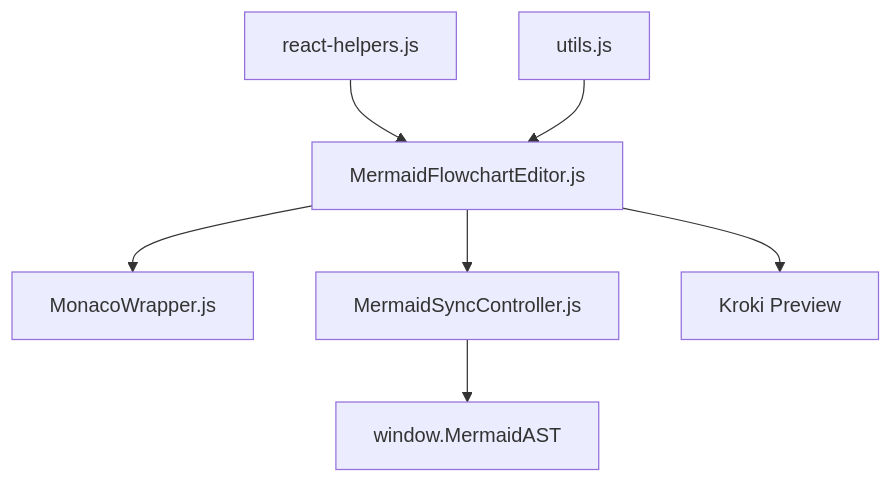
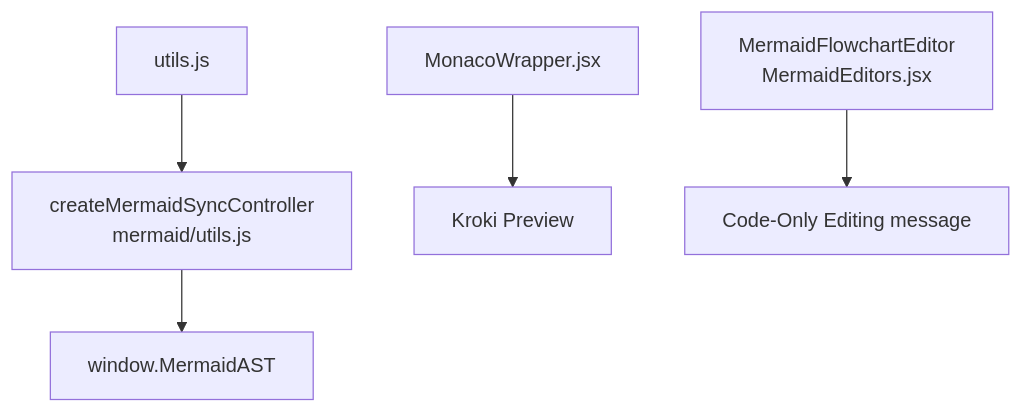
The fifth of 5 diagrams in .qoder/repowiki/en/content/Diagram Types and Formats/Mermaid Diagrams/Flowcharts and Flowchart Types.md (ongchonghian/universal-diagram-editor), drawn with Mermaid before and after one commit. The commit also changed other lines of this file and 31 other files, not shown here.

````diff
--- a/.qoder/repowiki/en/content/Diagram Types and Formats/Mermaid Diagrams/Flowcharts and Flowchart Types.md
+++ b/.qoder/repowiki/en/content/Diagram Types and Formats/Mermaid Diagrams/Flowcharts and Flowchart Types.md
@@ -201,9 +191,7 @@
 ```mermaid
 graph TB
-ReactHelpers["react-helpers.js"] --> FlowchartEditor["MermaidFlowchartEditor.js"]
-Utils["utils.js"] --> FlowchartEditor
-FlowchartEditor --> Monaco["MonacoWrapper.js"]
-FlowchartEditor --> Sync["MermaidSyncController.js"]
+Utils["utils.js"] --> Sync["createMermaidSyncController<br/>mermaid/utils.js"]
 Sync --> MermaidAST["window.MermaidAST"]
-FlowchartEditor --> Preview["Kroki Preview"]
+Monaco["MonacoWrapper.jsx"] --> Preview["Kroki Preview"]
+FlowchartEditor["MermaidFlowchartEditor<br/>MermaidEditors.jsx"] --> Placeholder["Code-Only Editing message"]
 ```
````
